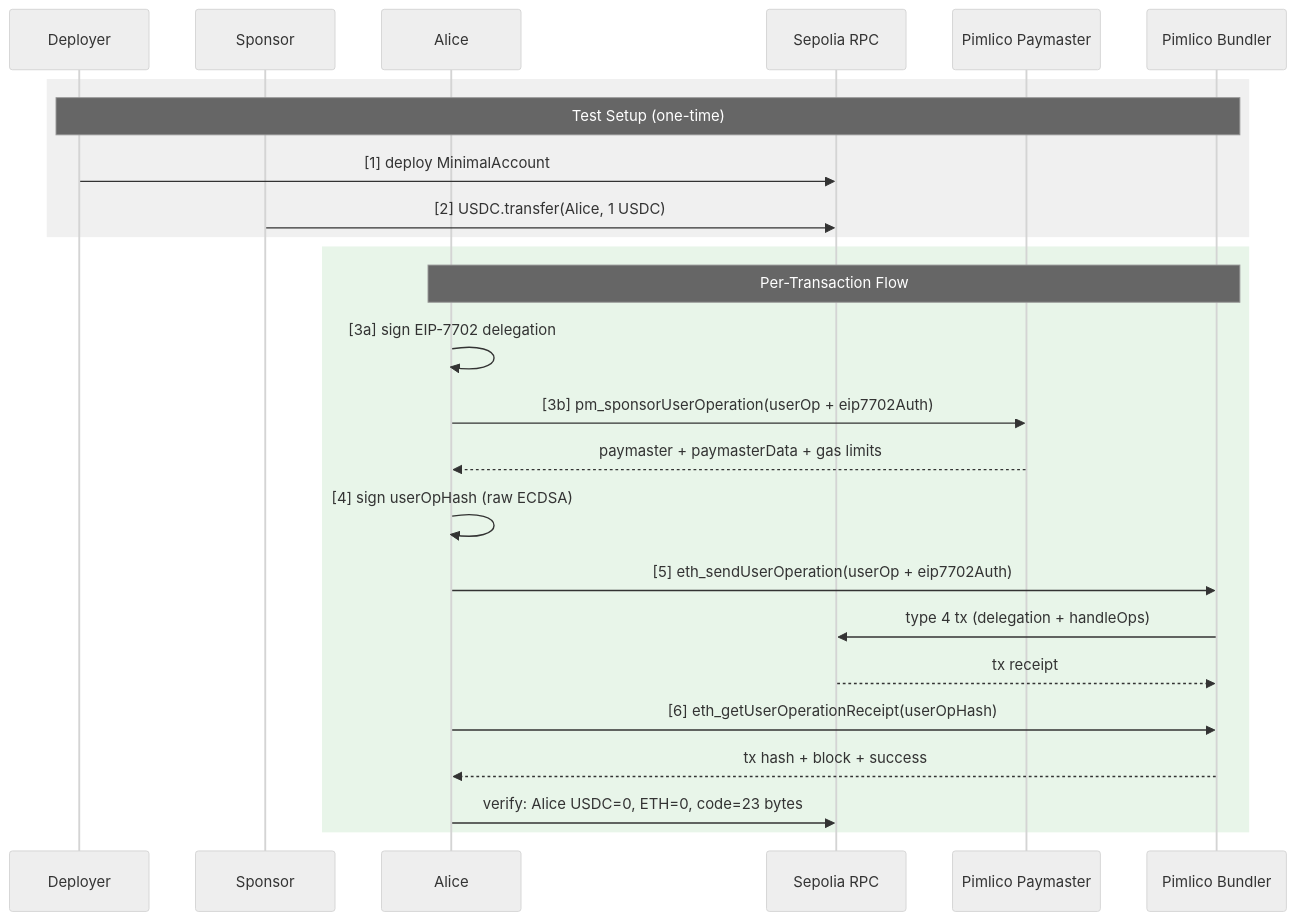
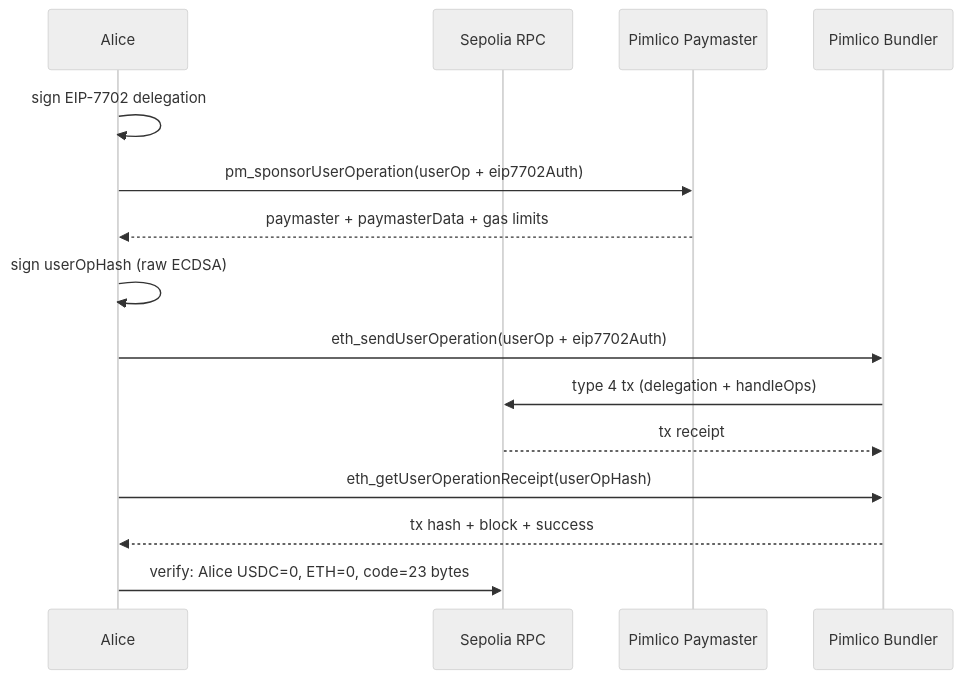
Before and after one commit to CoboTest/eip7702-minimal-account: the diagram in script/python/README.md, drawn with Mermaid (neutral theme). The commit also changed 1 other file, not shown here.

Commit message:
docs: simplify sequence diagram — remove setup steps, focus on per-tx flow

````diff
--- a/script/python/README.md
+++ b/script/python/README.md
@@ -134,32 +134,21 @@
 ```mermaid
 sequenceDiagram
-    participant D as Deployer
-    participant S as Sponsor
     participant A as Alice
     participant RPC as Sepolia RPC
     participant PM as Pimlico Paymaster
     participant B as Pimlico Bundler
 
-    rect rgb(240, 240, 240)
-    Note over D,B: Test Setup (one-time)
-    D->>RPC: [1] deploy MinimalAccount
-    S->>RPC: [2] USDC.transfer(Alice, 1 USDC)
-    end
-
-    rect rgb(232, 245, 233)
-    Note over A,B: Per-Transaction Flow
-    A->>A: [3a] sign EIP-7702 delegation
-    A->>PM: [3b] pm_sponsorUserOperation(userOp + eip7702Auth)
+    A->>A: sign EIP-7702 delegation
+    A->>PM: pm_sponsorUserOperation(userOp + eip7702Auth)
     PM-->>A: paymaster + paymasterData + gas limits
 
-    A->>A: [4] sign userOpHash (raw ECDSA)
+    A->>A: sign userOpHash (raw ECDSA)
 
-    A->>B: [5] eth_sendUserOperation(userOp + eip7702Auth)
+    A->>B: eth_sendUserOperation(userOp + eip7702Auth)
     B->>RPC: type 4 tx (delegation + handleOps)
     RPC-->>B: tx receipt
 
-    A->>B: [6] eth_getUserOperationReceipt(userOpHash)
+    A->>B: eth_getUserOperationReceipt(userOpHash)
     B-->>A: tx hash + block + success
     A->>RPC: verify: Alice USDC=0, ETH=0, code=23 bytes
-    end
 ```
````
